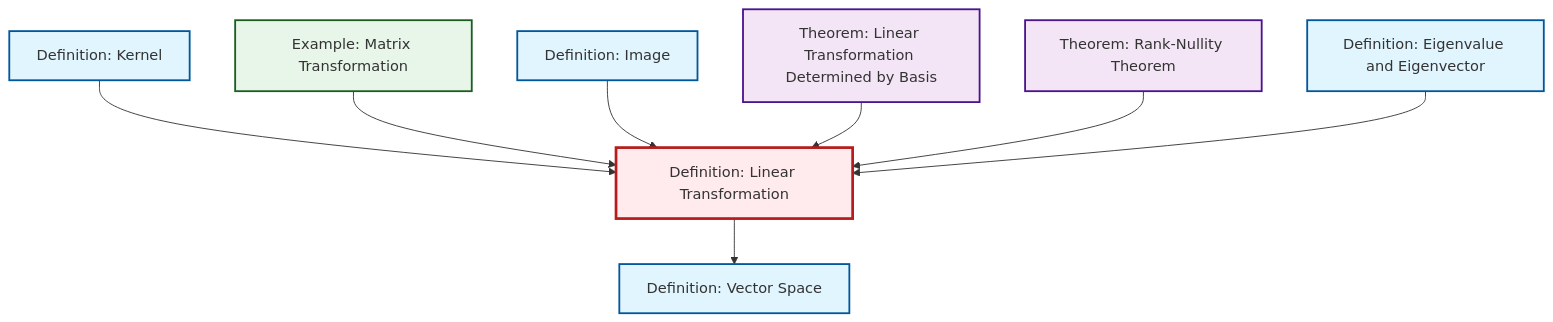
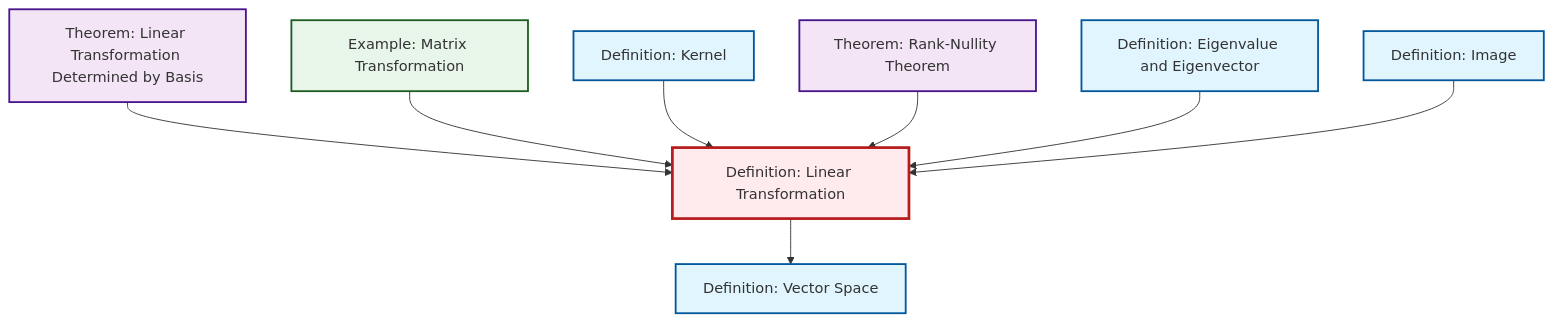
The diagram in content/ja/algebra/def-linear-transformation.qmd (RK0429/ModernMath), drawn with Mermaid before and after one commit. The commit also changed other lines of this file and 531 other files, not shown here.

````diff
--- a/content/ja/algebra/def-linear-transformation.qmd
+++ b/content/ja/algebra/def-linear-transformation.qmd
@@ -46,32 +46,32 @@
 ```{mermaid}
 %%| fig-cap: "Local dependency graph"
 graph TD
     classDef definition fill:#e1f5fe,stroke:#01579b,stroke-width:2px
     classDef theorem fill:#f3e5f5,stroke:#4a148c,stroke-width:2px
     classDef axiom fill:#fff3e0,stroke:#e65100,stroke-width:2px
     classDef example fill:#e8f5e9,stroke:#1b5e20,stroke-width:2px
     classDef current fill:#ffebee,stroke:#b71c1c,stroke-width:3px
-    def-kernel["Definition: Kernel"]:::definition
-    ex-matrix-transformation["Example: Matrix Transformation"]:::example
-    def-eigenvalue-eigenvector["Definition: Eigenvalue and Eigenvector"]:::definition
+    thm-linear-transformation-basis["Theorem: Linear Transformation Determined by Basis"]:::theorem
     thm-rank-nullity["Theorem: Rank-Nullity Theorem"]:::theorem
-    def-vector-space["Definition: Vector Space"]:::definition
     def-image["Definition: Image"]:::definition
     def-linear-transformation["Definition: Linear Transformation"]:::definition
-    thm-linear-transformation-basis["Theorem: Linear Transformation Determined by Basis"]:::theorem
+    def-eigenvalue-eigenvector["Definition: Eigenvalue and Eigenvector"]:::definition
+    ex-matrix-transformation["Example: Matrix Transformation"]:::example
+    def-vector-space["Definition: Vector Space"]:::definition
+    def-kernel["Definition: Kernel"]:::definition
+    thm-linear-transformation-basis --> def-linear-transformation
+    ex-matrix-transformation --> def-linear-transformation
     def-kernel --> def-linear-transformation
-    ex-matrix-transformation --> def-linear-transformation
-    def-image --> def-linear-transformation
-    def-linear-transformation --> def-vector-space
-    thm-linear-transformation-basis --> def-linear-transformation
     thm-rank-nullity --> def-linear-transformation
     def-eigenvalue-eigenvector --> def-linear-transformation
+    def-linear-transformation --> def-vector-space
+    def-image --> def-linear-transformation
     class def-linear-transformation current
+    click thm-linear-transformation-basis "thm-linear-transformation-basis.html" "Theorem: Linear Transformation Determined by Basisへ"
+    click thm-rank-nullity "thm-rank-nullity.html" "Theorem: Rank-Nullity Theoremへ"
+    click def-image "def-image.html" "Definition: Imageへ"
+    click def-eigenvalue-eigenvector "def-eigenvalue-eigenvector.html" "Definition: Eigenvalue and Eigenvectorへ"
+    click ex-matrix-transformation "ex-matrix-transformation.html" "Example: Matrix Transformationへ"
+    click def-vector-space "def-vector-space.html" "Definition: Vector Spaceへ"
     click def-kernel "def-kernel.html" "Definition: Kernelへ"
-    click ex-matrix-transformation "ex-matrix-transformation.html" "Example: Matrix Transformationへ"
-    click def-eigenvalue-eigenvector "def-eigenvalue-eigenvector.html" "Definition: Eigenvalue and Eigenvectorへ"
-    click thm-rank-nullity "thm-rank-nullity.html" "Theorem: Rank-Nullity Theoremへ"
-    click def-vector-space "def-vector-space.html" "Definition: Vector Spaceへ"
-    click def-image "def-image.html" "Definition: Imageへ"
-    click thm-linear-transformation-basis "thm-linear-transformation-basis.html" "Theorem: Linear Transformation Determined by Basisへ"
 ```
````
